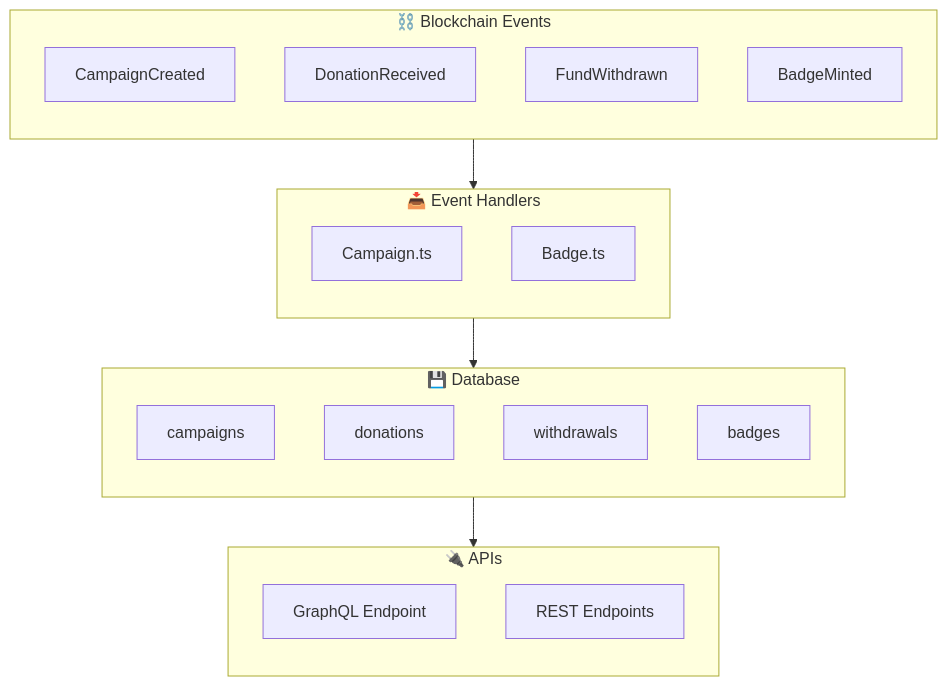
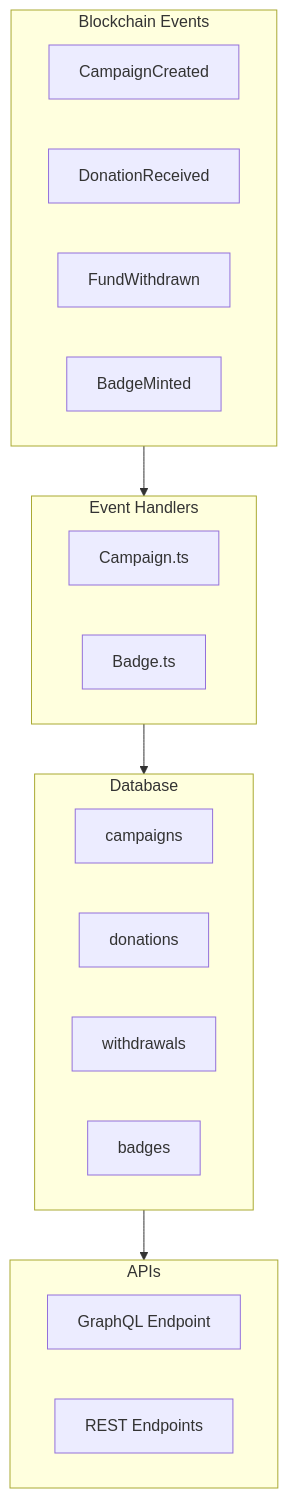
The fifth of 8 diagrams in pitching/Architecture/2. System Architecture.md (CrowdFUNding-Base/SC), drawn with Mermaid before and after one commit. The commit also changed other lines of this file and 12 other files, not shown here.

````diff
--- a/pitching/Architecture/2. System Architecture.md
+++ b/pitching/Architecture/2. System Architecture.md
@@ -197,34 +197,30 @@
 ```mermaid
 flowchart TB
-    subgraph Blockchain["⛓️ Blockchain Events"]
-        direction TB
+    subgraph Blockchain["Blockchain Events"]
         CampaignCreated["CampaignCreated"]
         DonationReceived["DonationReceived"]
         FundWithdrawn["FundWithdrawn"]
         BadgeMinted["BadgeMinted"]
     end
 
-    subgraph Handlers["📥 Event Handlers"]
-        direction TB
+    subgraph Handlers["Event Handlers"]
         CampaignHandler["Campaign.ts"]
         BadgeHandler["Badge.ts"]
     end
 
-    subgraph Database["💾 Database"]
-        direction TB
+    subgraph Database["Database"]
         Campaigns["campaigns"]
         Donations["donations"]
         Withdrawals["withdrawals"]
         Badges["badges"]
     end
 
-    subgraph APIs["🔌 APIs"]
-        direction TB
+    subgraph APIs["APIs"]
         GraphQL["GraphQL Endpoint"]
         REST["REST Endpoints"]
     end
 
     Blockchain --> Handlers
     Handlers --> Database
     Database --> APIs
 ```
````
